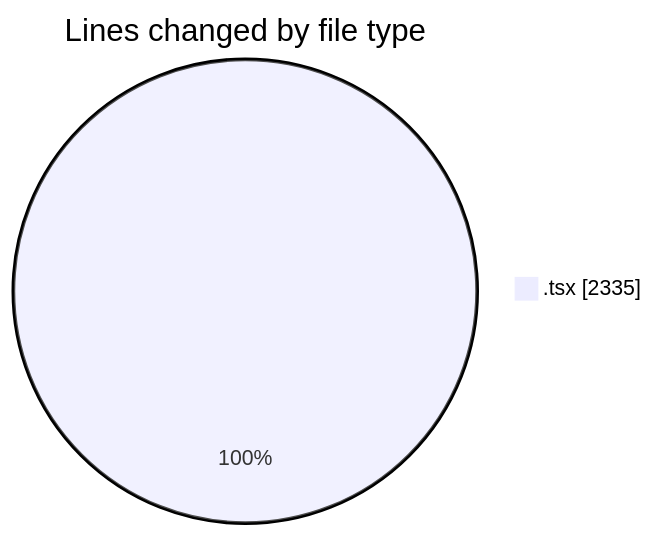
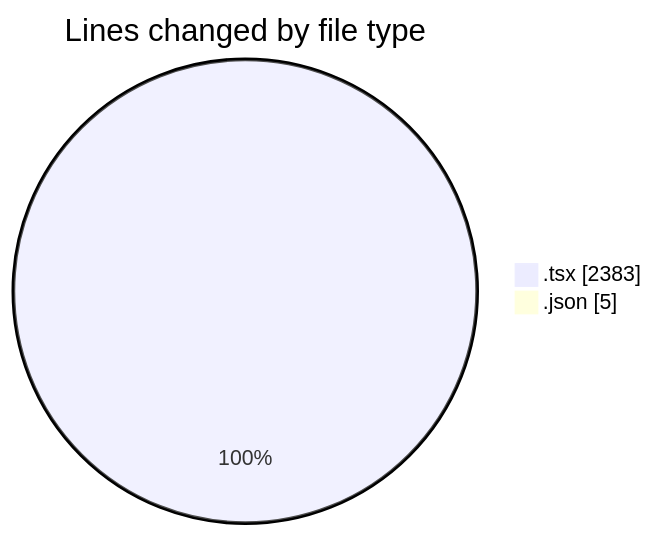
One commit to Elitesun/code-tracking changed the first of 2 diagrams in 2025-05-07/niten/README.md. Above: the diagram before and after it, drawn with Mermaid. The commit also changed other lines of this file and 1 other file, not shown here.

````diff
--- a/2025-05-07/niten/README.md
+++ b/2025-05-07/niten/README.md
@@ -41,5 +42,6 @@
 ```mermaid
 pie showData
 title Lines changed by file type
-".tsx" : 2335
+".tsx" : 2383
+".json" : 5
 ```
````
